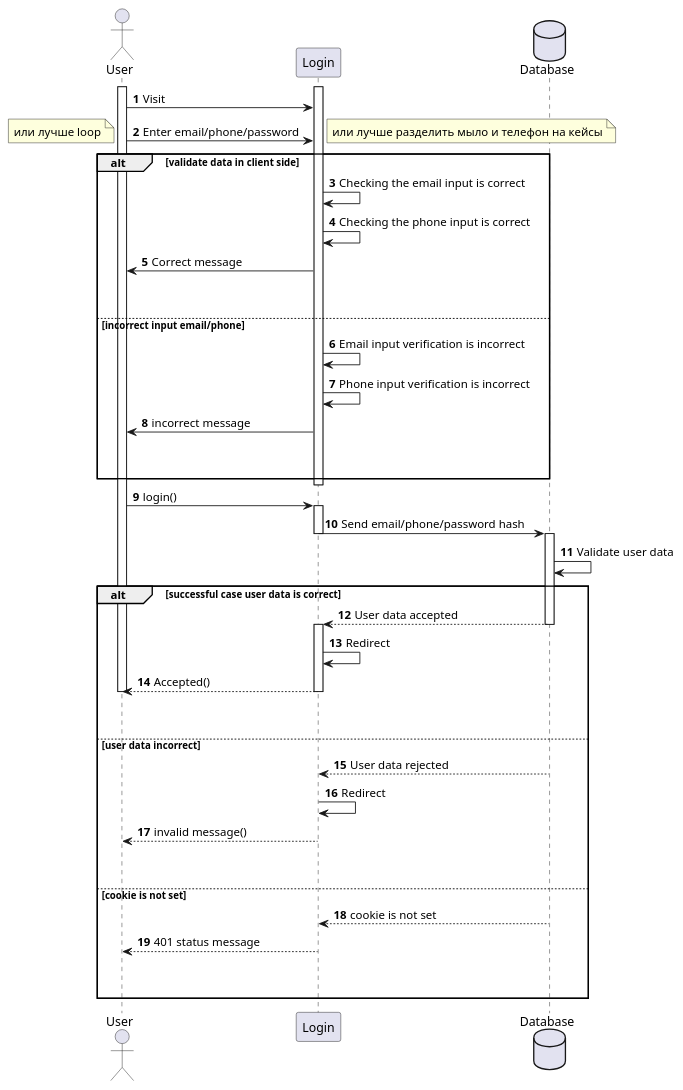
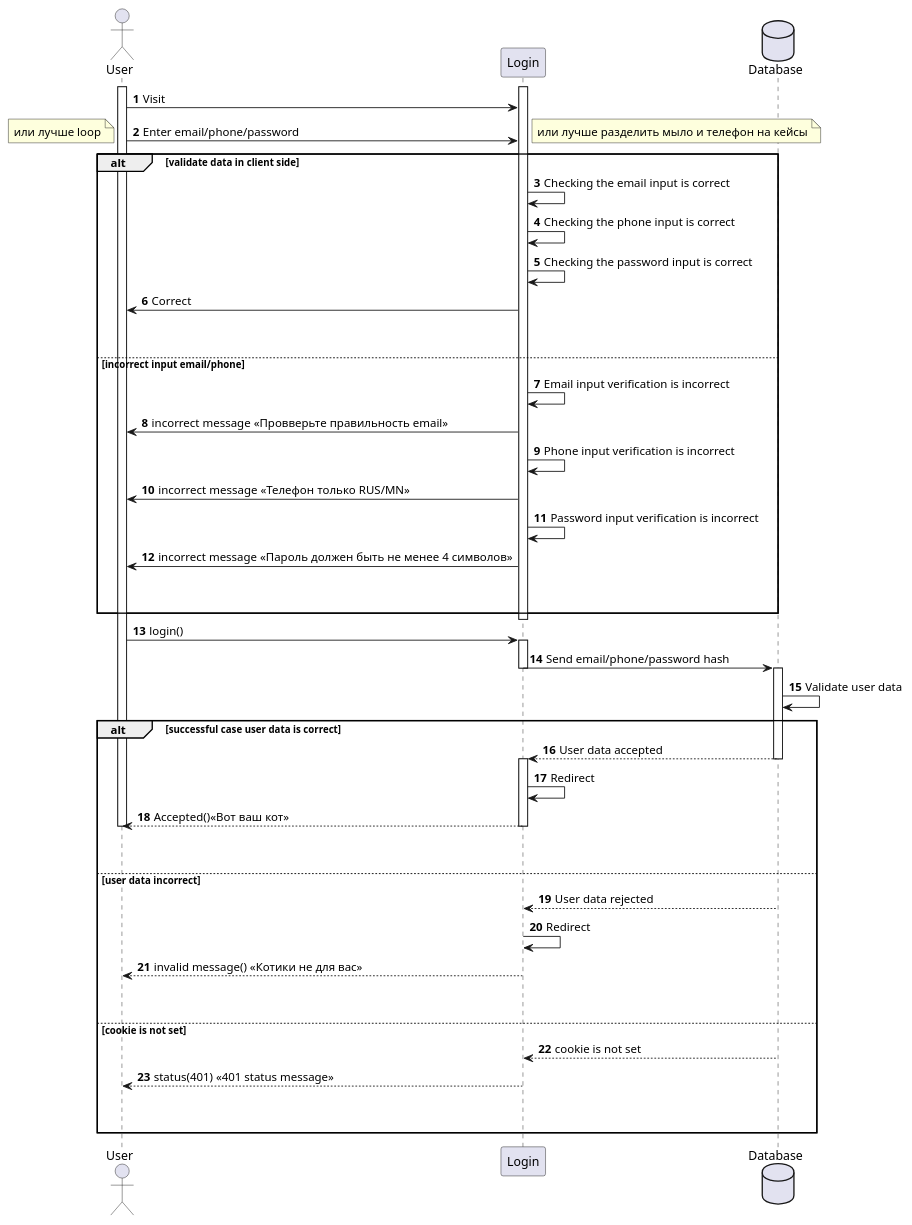
Before and after one commit to godoxyfair/igumenova_rmr_hw_server: the diagram in Sucsessful_unsucsessful UML.puml, drawn with PlantUML.

Commit message:
(un)successful case in progress (need hints)

```diff
--- a/Sucsessful_unsucsessful UML.puml
+++ b/Sucsessful_unsucsessful UML.puml
@@ -1,53 +1,57 @@
 @startuml
 'https://plantuml.com/sequence-diagram
 
 autonumber
 actor User
 participant Login
 database  Database
 activate User
 activate Login
 User -> Login: Visit
 User -> Login : Enter email/phone/password
 note left: или лучше loop
 note right: или лучше разделить мыло и телефон на кейсы
 alt validate data in client side
     Login -> Login: Checking the email input is correct
     Login -> Login: Checking the phone input is correct
-    Login -> User: Correct message
+    Login -> Login: Checking the password input is correct
+    Login -> User: Correct
 ||45||
 else incorrect input email/phone
     Login -> Login: Email input verification is incorrect
+    Login -> User: incorrect message <<Провверьте правильность email>>
     Login -> Login: Phone input verification is incorrect
-    Login -> User: incorrect message
+    Login -> User: incorrect message <<Телефон только RUS/MN>>
+    Login -> Login: Password input verification is incorrect
+    Login -> User: incorrect message <<Пароль должен быть не менее 4 символов>>
 ||45||
 end
 deactivate Login
 User -> Login : login()
 activate Login
 Login -> Database: Send email/phone/password hash
 deactivate Login
 activate Database
 Database -> Database: Validate user data
 
 alt successful case user data is correct
     Database --> Login : User data accepted
     deactivate Database
     activate Login
     Login -> Login : Redirect
-    Login --> User: Accepted()
+    Login --> User: Accepted()<<Вот ваш кот>>
     deactivate Login
     deactivate User
 ||45||
 else user data incorrect
     Database --> Login: User data rejected
     Login -> Login: Redirect
-    Login --> User: invalid message()
+    Login --> User: invalid message() <<Котики не для вас>>
 ||45||
 else cookie is not set
     Database --> Login: cookie is not set
-    Login --> User: 401 status message
+    Login --> User: status(401) <<401 status message>>
 ||45||
 end
 
 @enduml
```
